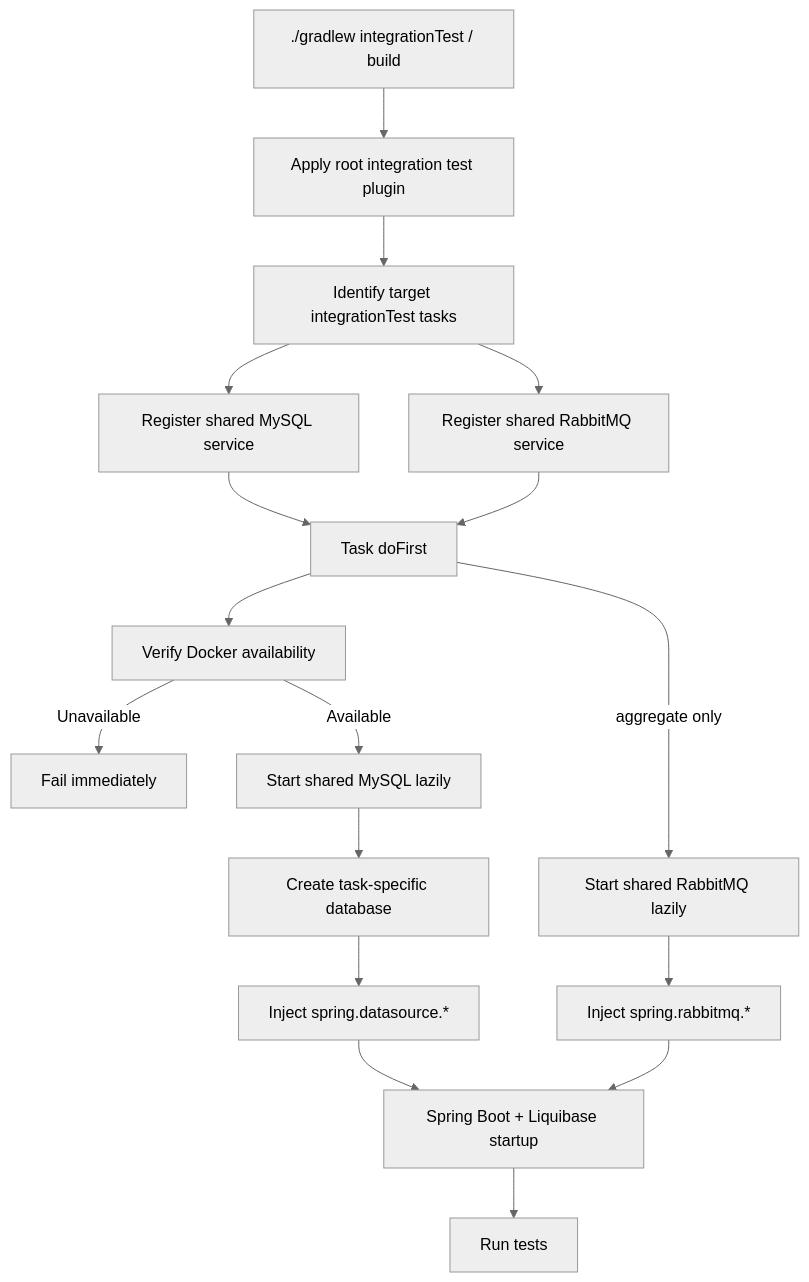
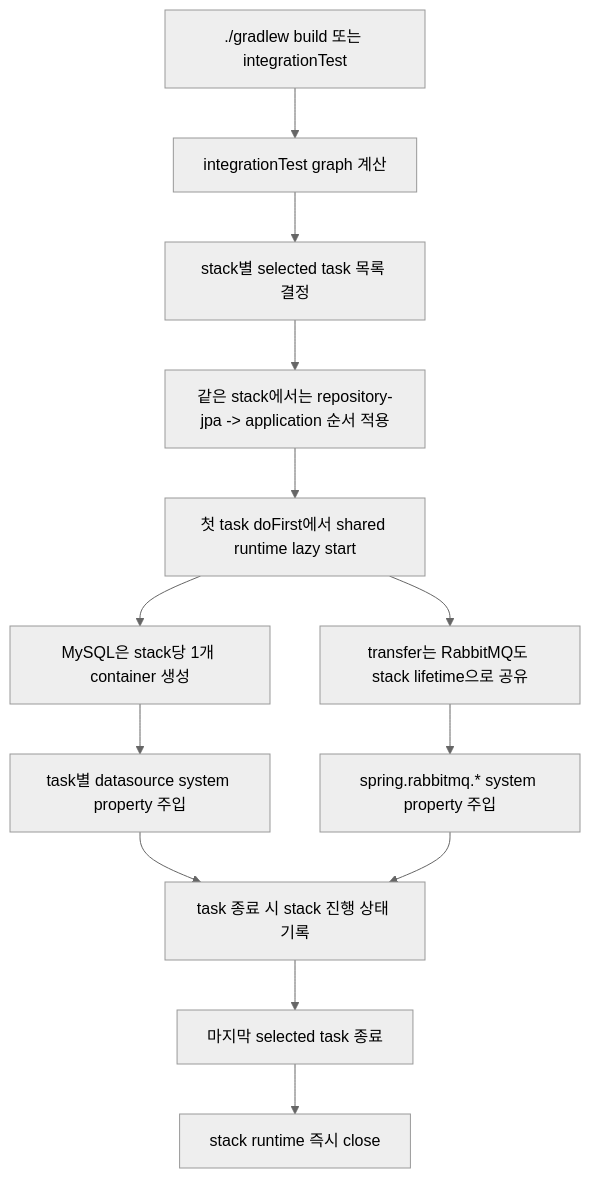
Before and after one commit to YeaChan05/Remittance: the diagram in docs/gradle-build-performance.md, drawn with Mermaid (neutral theme). The commit also changed other lines of this file, not shown here.

````diff
--- a/docs/gradle-build-performance.md
+++ b/docs/gradle-build-performance.md
@@ -109,19 +131,15 @@
 ```mermaid
 flowchart TD
-    A["./gradlew integrationTest / build"] --> B["Apply root integration test plugin"]
-    B --> C["Identify target integrationTest tasks"]
-    C --> D["Register shared MySQL service"]
-    C --> E["Register shared RabbitMQ service"]
-    D --> F["Task doFirst"]
-    E --> F
-    F --> G["Verify Docker availability"]
-    G -->|Unavailable| H["Fail immediately"]
-    G -->|Available| I["Start shared MySQL lazily"]
-    I --> J["Create task-specific database"]
-    J --> K["Inject spring.datasource.*"]
-    F -->|aggregate only| L["Start shared RabbitMQ lazily"]
-    L --> M["Inject spring.rabbitmq.*"]
-    K --> N["Spring Boot + Liquibase startup"]
-    M --> N
-    N --> O["Run tests"]
+    A["./gradlew build 또는 integrationTest"] --> B["integrationTest graph 계산"]
+    B --> C["stack별 selected task 목록 결정"]
+    C --> D["같은 stack에서는 repository-jpa -> application 순서 적용"]
+    D --> E["첫 task doFirst에서 shared runtime lazy start"]
+    E --> F["MySQL은 stack당 1개 container 생성"]
+    E --> G["transfer는 RabbitMQ도 stack lifetime으로 공유"]
+    F --> H["task별 datasource system property 주입"]
+    G --> I["spring.rabbitmq.* system property 주입"]
+    H --> J["task 종료 시 stack 진행 상태 기록"]
+    I --> J
+    J --> K["마지막 selected task 종료"]
+    K --> L["stack runtime 즉시 close"]
 ```
````
